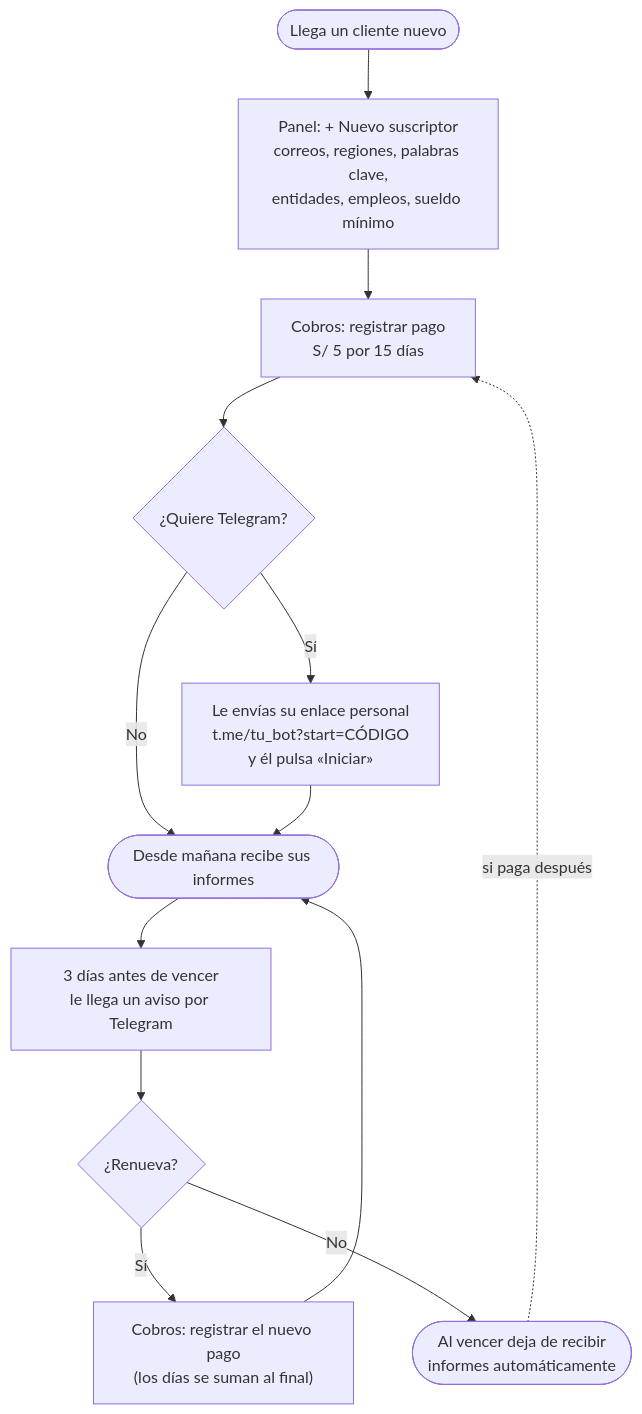
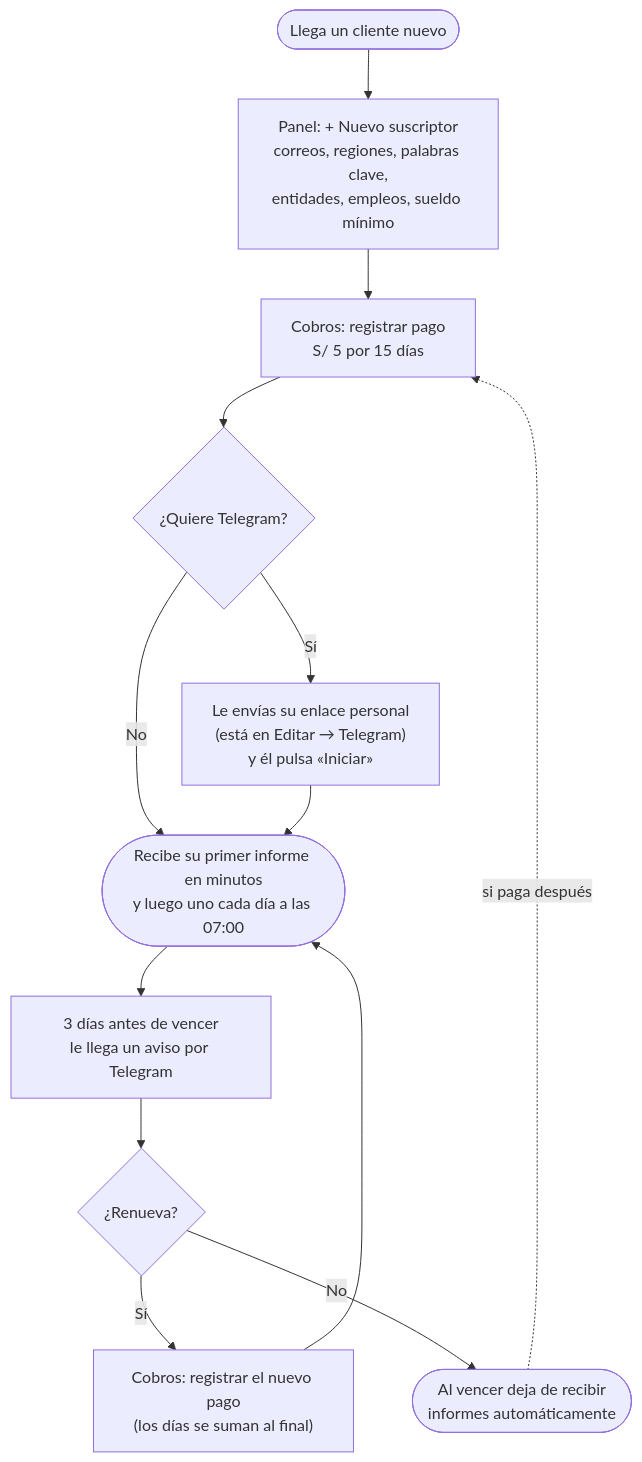
One commit to RedyDelgado/cotizador changed the first of 4 diagrams in README.md. Above: the diagram before and after it, drawn with Mermaid. The commit also changed other lines of this file and 27 other files, not shown here.

````diff
--- a/README.md
+++ b/README.md
@@ -60,15 +56,15 @@
 ```mermaid
 flowchart TD
     A([Llega un cliente nuevo]) --> B["Panel: + Nuevo suscriptor<br/>correos, regiones, palabras clave,<br/>entidades, empleos, sueldo mínimo"]
     B --> C["Cobros: registrar pago<br/>S/ 5 por 15 días"]
     C --> D{"¿Quiere Telegram?"}
-    D -- Sí --> E["Le envías su enlace personal<br/>t.me/tu_bot?start=CÓDIGO<br/>y él pulsa «Iniciar»"]
+    D -- Sí --> E["Le envías su enlace personal<br/>(está en Editar → Telegram)<br/>y él pulsa «Iniciar»"]
     D -- No --> F
-    E --> F(["Desde mañana recibe sus informes"])
+    E --> F(["Recibe su primer informe en minutos<br/>y luego uno cada día a las 07:00"])
     F --> G["3 días antes de vencer<br/>le llega un aviso por Telegram"]
     G --> H{"¿Renueva?"}
     H -- Sí --> I["Cobros: registrar el nuevo pago<br/>(los días se suman al final)"]
     I --> F
     H -- No --> J(["Al vencer deja de recibir<br/>informes automáticamente"])
     J -. "si paga después" .-> C
 ```
````
